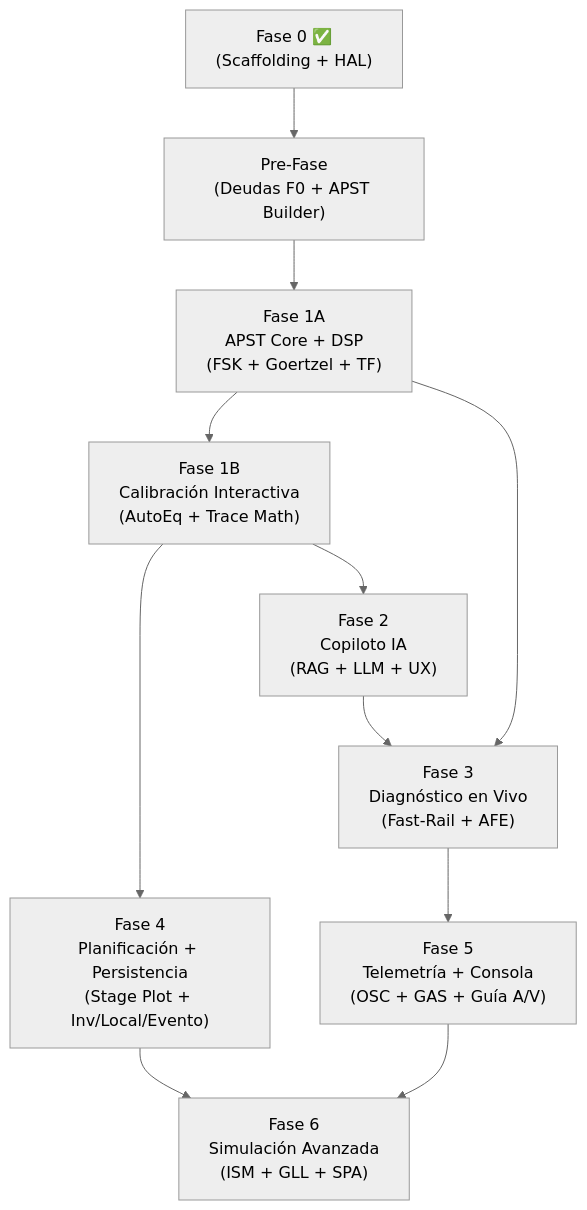
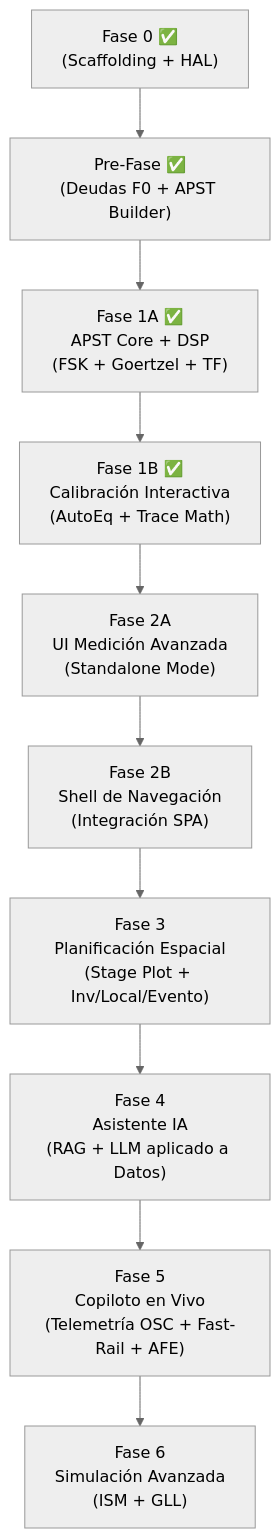
The diagram in docs/roadmap.md (entrerios2/asistente), drawn with Mermaid (neutral theme) before and after one commit. The commit also changed other lines of this file and 1 other file, not shown here.

Commit message:
feat: document phase 1 implementation plan and project roadmap

````diff
--- a/docs/roadmap.md
+++ b/docs/roadmap.md
@@ -290,23 +317,23 @@
 ```mermaid
 graph TD
     F0["Fase 0 ✅<br/>(Scaffolding + HAL)"]
-    PF["Pre-Fase<br/>(Deudas F0 + APST Builder)"]
-    F1A["Fase 1A<br/>APST Core + DSP<br/>(FSK + Goertzel + TF)"]
-    F1B["Fase 1B<br/>Calibración Interactiva<br/>(AutoEq + Trace Math)"]
-    F2["Fase 2<br/>Copiloto IA<br/>(RAG + LLM + UX)"]
-    F3["Fase 3<br/>Diagnóstico en Vivo<br/>(Fast-Rail + AFE)"]
-    F4["Fase 4<br/>Planificación + Persistencia<br/>(Stage Plot + Inv/Local/Evento)"]
-    F5["Fase 5<br/>Telemetría + Consola<br/>(OSC + GAS + Guía A/V)"]
-    F6["Fase 6<br/>Simulación Avanzada<br/>(ISM + GLL + SPA)"]
+    PF["Pre-Fase ✅<br/>(Deudas F0 + APST Builder)"]
+    F1A["Fase 1A ✅<br/>APST Core + DSP<br/>(FSK + Goertzel + TF)"]
+    F1B["Fase 1B ✅<br/>Calibración Interactiva<br/>(AutoEq + Trace Math)"]
+    F2A["Fase 2A<br/>UI Medición Avanzada<br/>(Standalone Mode)"]
+    F2B["Fase 2B<br/>Shell de Navegación<br/>(Integración SPA)"]
+    F3["Fase 3<br/>Planificación Espacial<br/>(Stage Plot + Inv/Local/Evento)"]
+    F4["Fase 4<br/>Asistente IA<br/>(RAG + LLM aplicado a Datos)"]
+    F5["Fase 5<br/>Copiloto en Vivo<br/>(Telemetría OSC + Fast-Rail + AFE)"]
+    F6["Fase 6<br/>Simulación Avanzada<br/>(ISM + GLL)"]
 
     F0 --> PF
     PF --> F1A
     F1A --> F1B
-    F1B --> F2
-    F2 --> F3
-    F1A --> F3
-    F1B --> F4
-    F3 --> F5
-    F4 --> F6
+    F1B --> F2A
+    F2A --> F2B
+    F2B --> F3
+    F3 --> F4
+    F4 --> F5
     F5 --> F6
 ```
````
